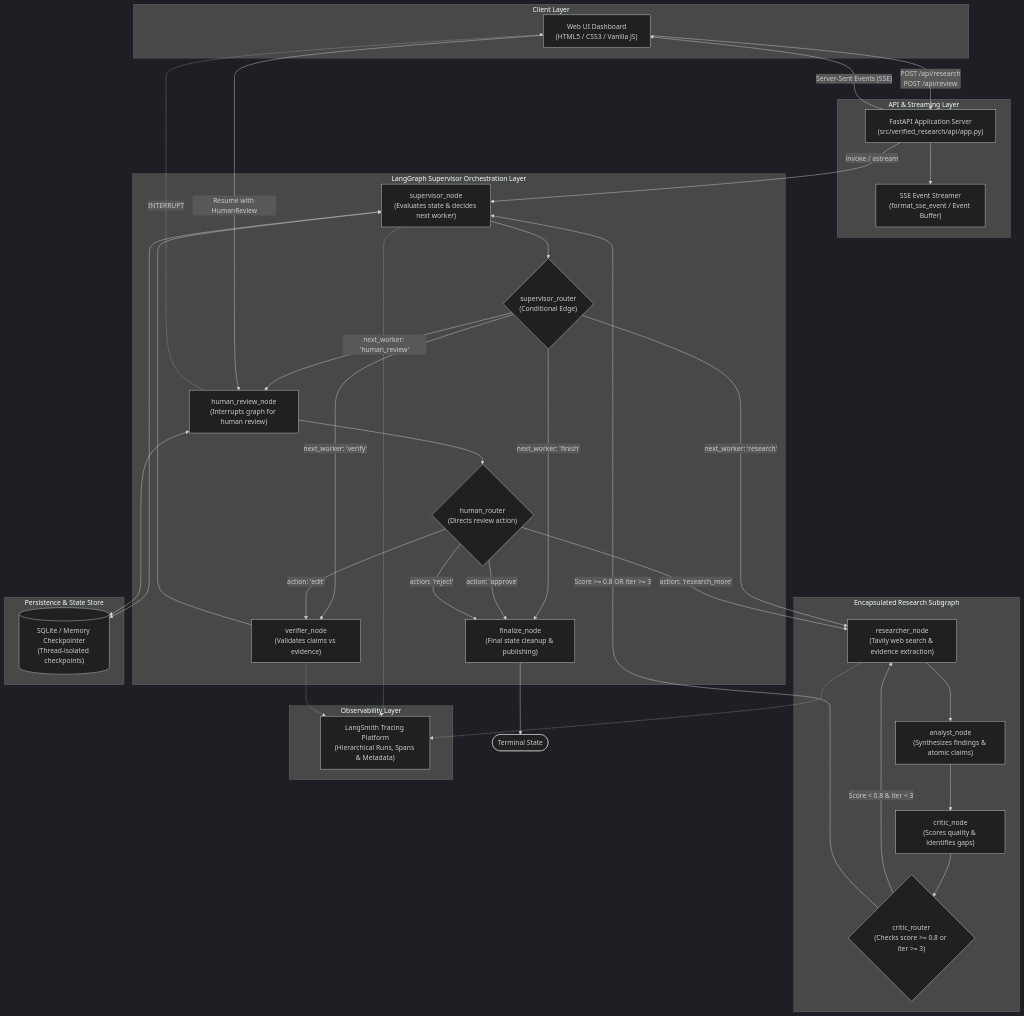
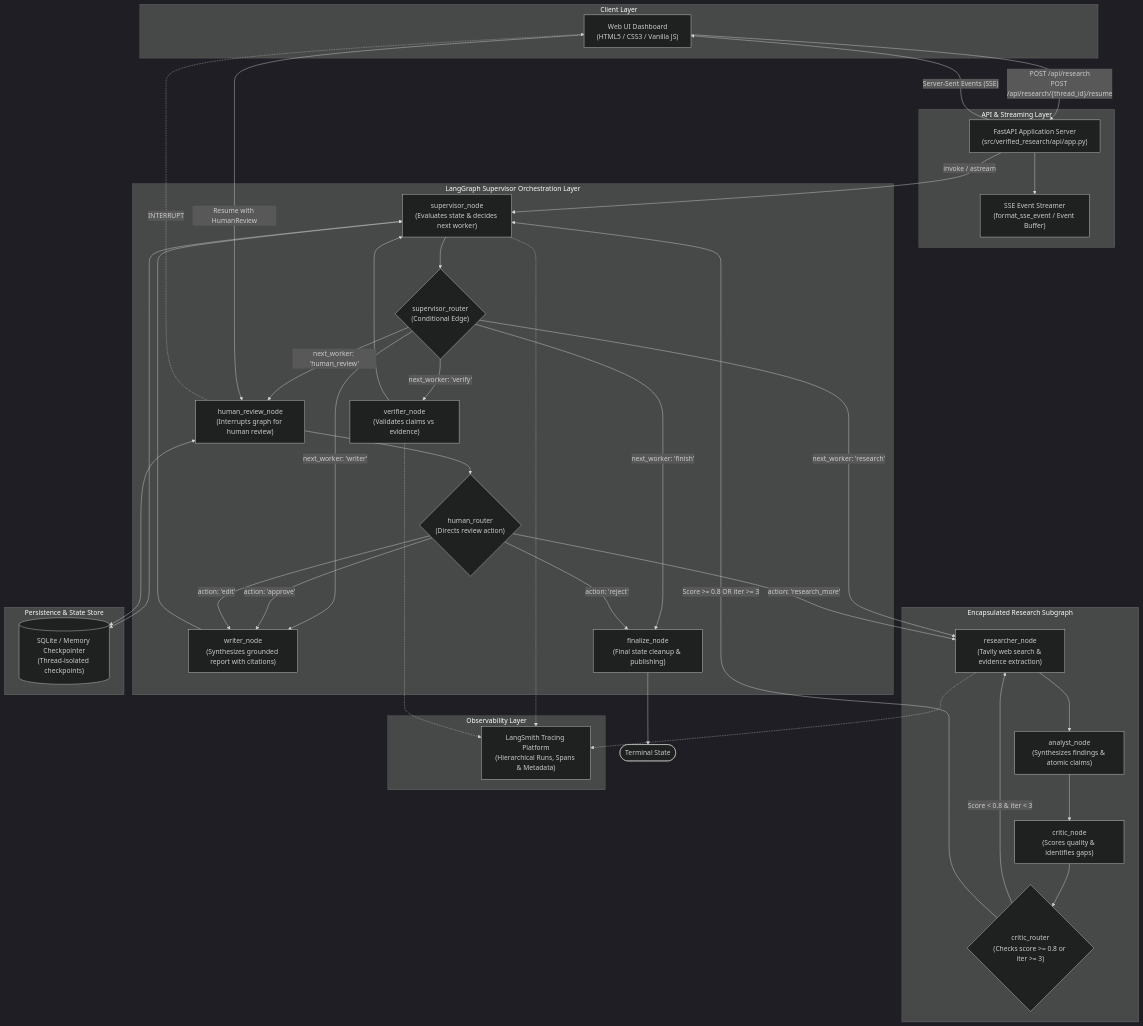
The first of 5 diagrams in docs/architecture/final-system-architecture.md (dheerajgowd-18/research-agent), drawn with Mermaid (dark theme) before and after one commit. The commit also changed 2 other files, not shown here.

Commit message:
docs: update system architecture and ui-streaming documentation with Writer and Research Workspace

````diff
--- a/docs/architecture/final-system-architecture.md
+++ b/docs/architecture/final-system-architecture.md
@@ -22,73 +22,76 @@
 ```mermaid
 flowchart TD
     subgraph Client ["Client Layer"]
         UI["Web UI Dashboard\n(HTML5 / CSS3 / Vanilla JS)"]
     end
 
     subgraph Transport ["API & Streaming Layer"]
         API["FastAPI Application Server\n(src/verified_research/api/app.py)"]
         StreamHub["SSE Event Streamer\n(format_sse_event / Event Buffer)"]
     end
 
     subgraph SupervisorGraph ["LangGraph Supervisor Orchestration Layer"]
         SupervisorNode["supervisor_node\n(Evaluates state & decides next worker)"]
         SupervisorRouter{"supervisor_router\n(Conditional Edge)"}
         VerifierNode["verifier_node\n(Validates claims vs evidence)"]
         HumanReviewNode["human_review_node\n(Interrupts graph for human review)"]
         HumanRouter{"human_router\n(Directs review action)"}
+        WriterNode["writer_node\n(Synthesizes grounded report with citations)"]
         FinalizeNode["finalize_node\n(Final state cleanup & publishing)"]
     end
 
     subgraph ResearchSubgraph ["Encapsulated Research Subgraph"]
         ResearcherNode["researcher_node\n(Tavily web search & evidence extraction)"]
         AnalystNode["analyst_node\n(Synthesizes findings & atomic claims)"]
         CriticNode["critic_node\n(Scores quality & identifies gaps)"]
         CriticRouter{"critic_router\n(Checks score >= 0.8 or iter >= 3)"}
     end
 
     subgraph Persistence ["Persistence & State Store"]
         Checkpointer[("SQLite / Memory Checkpointer\n(Thread-isolated checkpoints)")]
     end
 
     subgraph Observability ["Observability Layer"]
         LangSmith["LangSmith Tracing Platform\n(Hierarchical Runs, Spans & Metadata)"]
     end
 
     %% Client / API Flow
-    UI -->|"POST /api/research\nPOST /api/review"| API
+    UI -->|"POST /api/research\nPOST /api/research/{thread_id}/resume"| API
     API -->|"Server-Sent Events (SSE)"| UI
     API --> StreamHub
 
     %% Supervisor Graph Flow
     API -->|"invoke / astream"| SupervisorNode
     SupervisorNode --> SupervisorRouter
     SupervisorRouter -->|"next_worker: 'research'"| ResearcherNode
     SupervisorRouter -->|"next_worker: 'verify'"| VerifierNode
     SupervisorRouter -->|"next_worker: 'human_review'"| HumanReviewNode
+    SupervisorRouter -->|"next_worker: 'writer'"| WriterNode
     SupervisorRouter -->|"next_worker: 'finish'"| FinalizeNode
 
     %% Research Subgraph Flow
     ResearcherNode --> AnalystNode
     AnalystNode --> CriticNode
     CriticNode --> CriticRouter
     CriticRouter -->|"Score < 0.8 & iter < 3"| ResearcherNode
     CriticRouter -->|"Score >= 0.8 OR iter >= 3"| SupervisorNode
 
-    %% Verifier & Review Flow
+    %% Verifier, Review & Writer Flow
     VerifierNode --> SupervisorNode
     HumanReviewNode -.->|"INTERRUPT"| UI
     UI -->|"Resume with HumanReview"| HumanReviewNode
     HumanReviewNode --> HumanRouter
-    HumanRouter -->|"action: 'approve'"| FinalizeNode
-    HumanRouter -->|"action: 'edit'"| VerifierNode
+    HumanRouter -->|"action: 'approve'"| WriterNode
+    HumanRouter -->|"action: 'edit'"| WriterNode
     HumanRouter -->|"action: 'research_more'"| ResearcherNode
     HumanRouter -->|"action: 'reject'"| FinalizeNode
+    WriterNode --> SupervisorNode
     FinalizeNode --> EndNode([Terminal State])
 
     %% Persistence & Tracing
     SupervisorNode <---> Checkpointer
     HumanReviewNode <---> Checkpointer
     SupervisorNode -.-> LangSmith
     VerifierNode -.-> LangSmith
     ResearcherNode -.-> LangSmith
 ```
````
